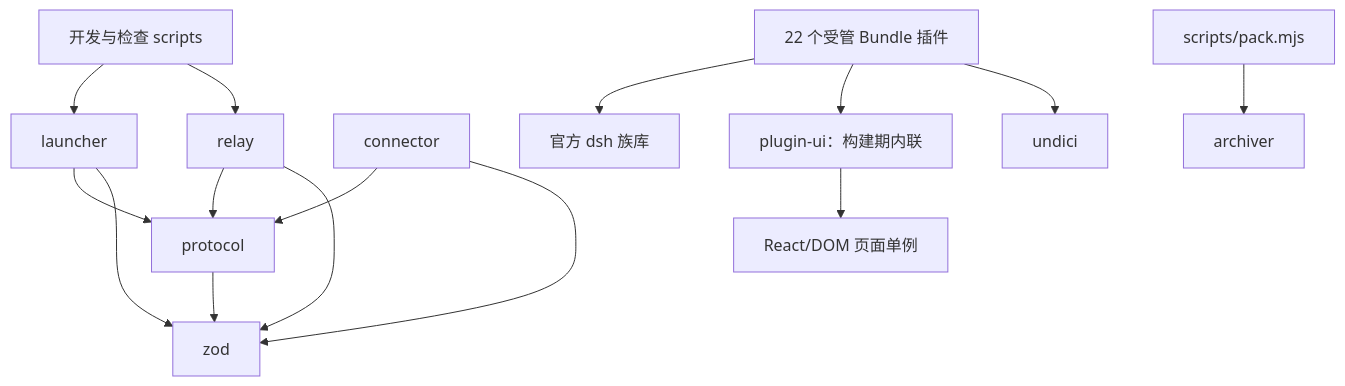
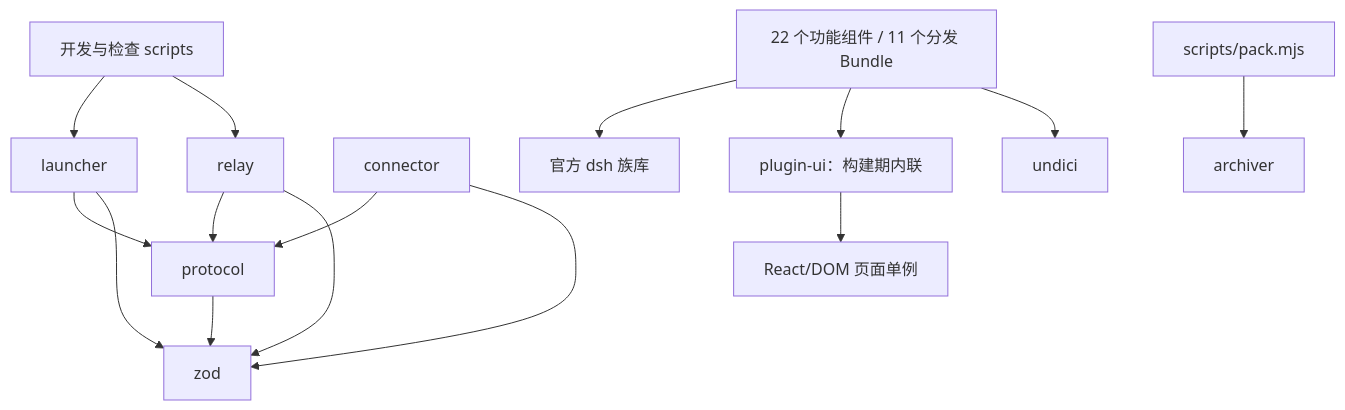
One commit to WaynePluto/dsh-remote changed the diagram in ARCHITECTURE.md. Above: the diagram before and after it, drawn with Mermaid. The commit also changed other lines of this file and 150 other files, not shown here.

````diff
--- a/ARCHITECTURE.md
+++ b/ARCHITECTURE.md
@@ -39,17 +39,17 @@
 ```mermaid
 graph TD
   Scripts[开发与检查 scripts] --> Launcher[launcher]
   Scripts --> Relay[relay]
   Launcher --> Protocol[protocol]
   Relay --> Protocol
   Connector[connector] --> Protocol
-  Plugins[22 个受管 Bundle 插件] --> DshLibs[官方 dsh 族库]
+  Plugins[22 个功能组件 / 11 个分发 Bundle] --> DshLibs[官方 dsh 族库]
   Plugins --> PluginUI[plugin-ui：构建期内联]
   Plugins --> Undici[undici]
   PluginUI --> React[React/DOM 页面单例]
   Launcher --> Zod[zod]
   Relay --> Zod
   Connector --> Zod
   Protocol --> Zod
   Pack[scripts/pack.mjs] --> Archiver[archiver]
 ```
````
